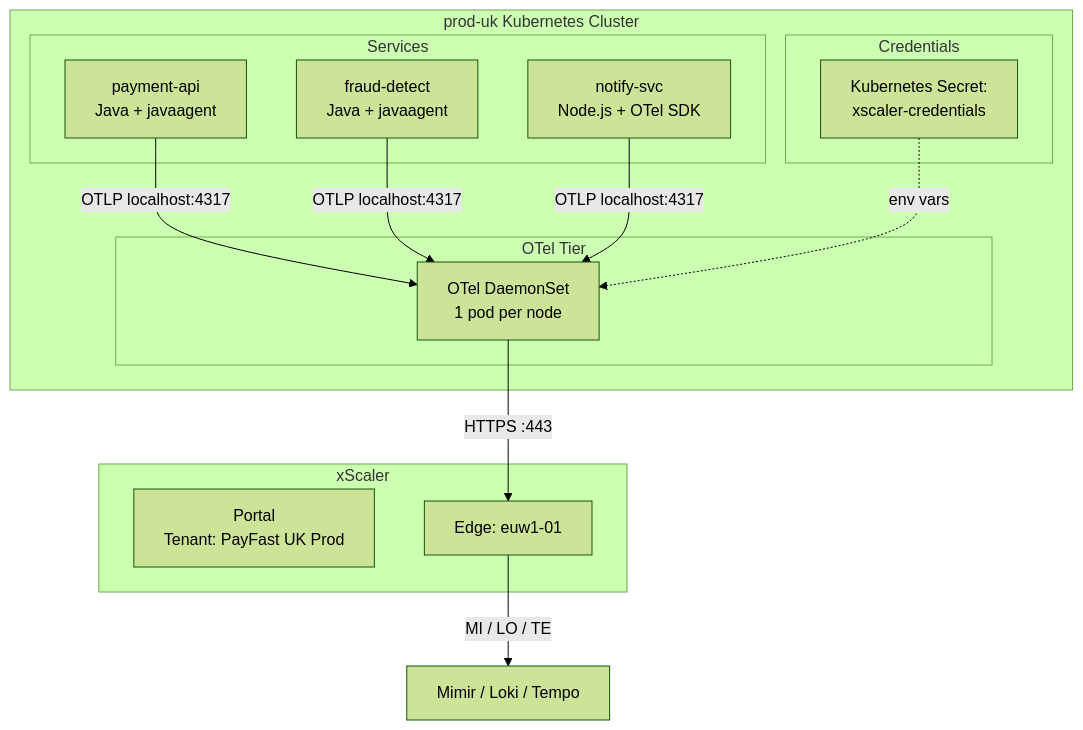
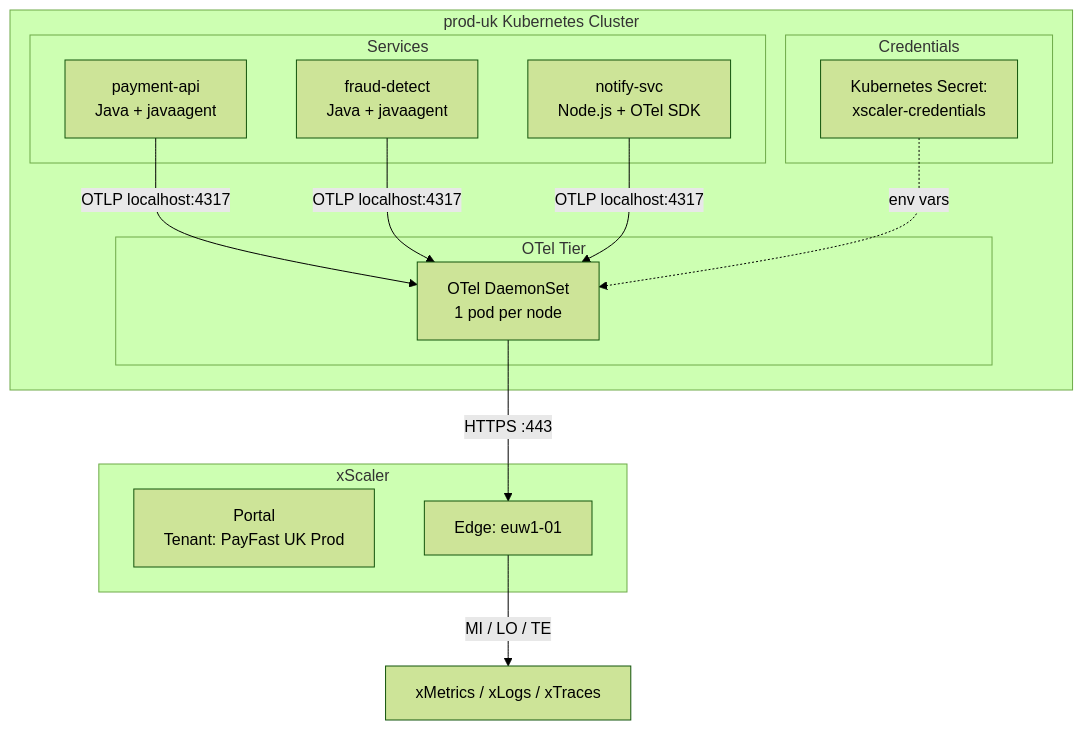
Before and after one commit to xscaler/training: the diagram in docs/session-3/customer-workshop.md, drawn with Mermaid (forest theme). The commit also changed 29 other files, not shown here.

````diff
--- a/docs/session-3/customer-workshop.md
+++ b/docs/session-3/customer-workshop.md
@@ -115,26 +115,26 @@
 ```mermaid
 graph TB
     subgraph prod-uk["prod-uk Kubernetes Cluster"]
         subgraph Services
             SVC1[payment-api\nJava + javaagent]
             SVC2[fraud-detect\nJava + javaagent]
             SVC3[notify-svc\nNode.js + OTel SDK]
         end
         subgraph "OTel Tier"
             DS[OTel DaemonSet\n1 pod per node]
         end
         subgraph "Credentials"
             K8S[Kubernetes Secret:\nxscaler-credentials]
         end
         SVC1 & SVC2 & SVC3 -->|OTLP localhost:4317| DS
         K8S -.->|env vars| DS
     end
 
     subgraph "xScaler"
         PORTAL[Portal\nTenant: PayFast UK Prod]
         EDGE[Edge: euw1-01]
     end
 
     DS -->|HTTPS :443| EDGE
-    EDGE -->|MI / LO / TE| BACKENDS[Mimir / Loki / Tempo]
+    EDGE -->|MI / LO / TE| BACKENDS[xMetrics / xLogs / xTraces]
 ```
````
